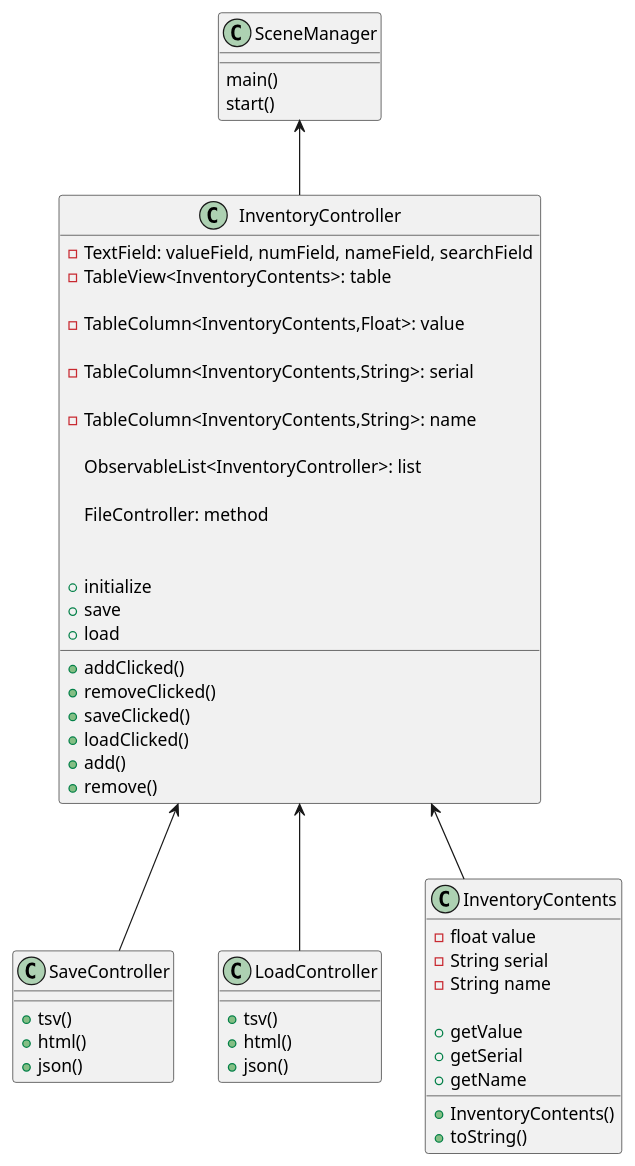
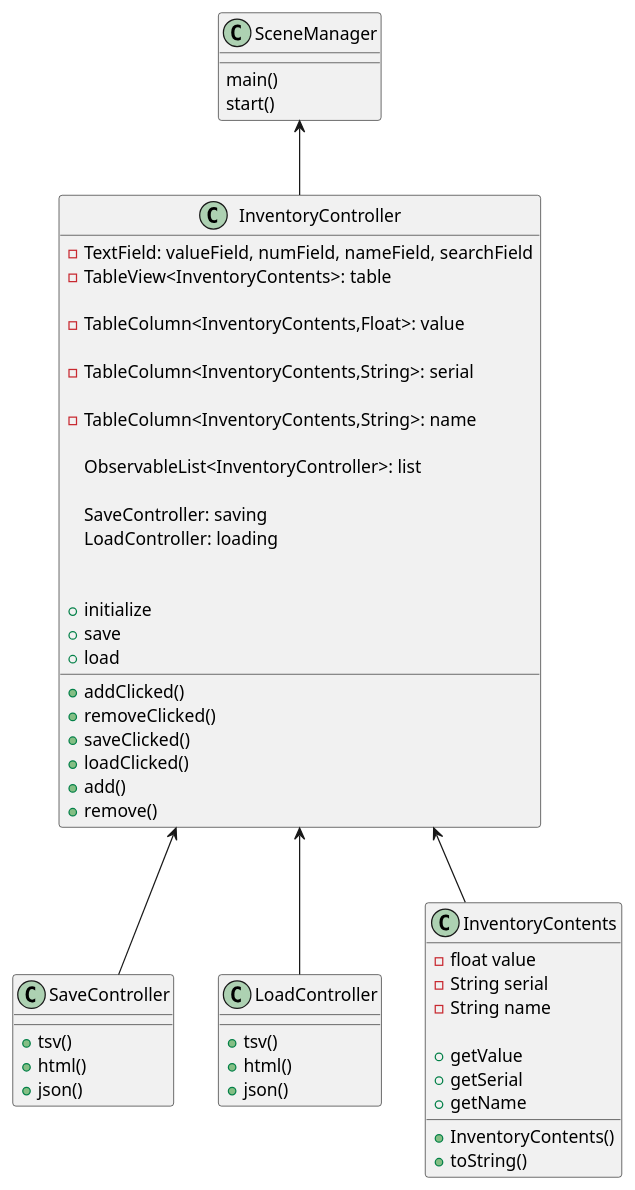
The diagram in uml/classes.puml (lcorona26/corona-0708-a5), drawn with PlantUML before and after one commit.

Commit message:
uml class inventory controller updated

```diff
--- a/uml/classes.puml
+++ b/uml/classes.puml
@@ -1,69 +1,70 @@
 @startuml
 
 class SceneManager{
     main()
     start()
 }
 class InventoryController{
 
     -TextField: valueField, numField, nameField, searchField
     -TableView<InventoryContents>: table
 
     -TableColumn<InventoryContents,Float>: value
 
     -TableColumn<InventoryContents,String>: serial
 
     -TableColumn<InventoryContents,String>: name
 
     ObservableList<InventoryController>: list
 
-    FileController: method
+    SaveController: saving
+    LoadController: loading
 
 
     +initialize
     + addClicked()
     + removeClicked()
     + saveClicked()
     + loadClicked()
     + add()
     + remove()
     +save
     +load
 
 
 
 }
 
 class SaveController{
 
    +tsv()
    +html()
    +json()
 }
 class LoadController{
 
    +tsv()
    +html()
    +json()
 }
 class InventoryContents{
 
     -float value
     -String serial
     -String name
 
     +InventoryContents()
     +getValue
     +getSerial
     +getName
     +toString()
 }
 
 
 
 SceneManager <--InventoryController
 InventoryController <-- InventoryContents
 InventoryController <-- SaveController
 InventoryController <-- LoadController
 
 @enduml
```
